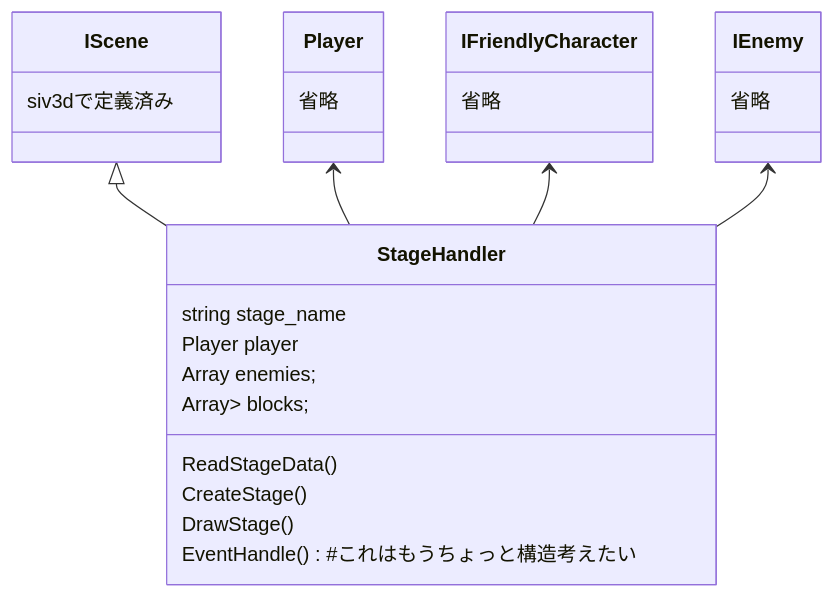
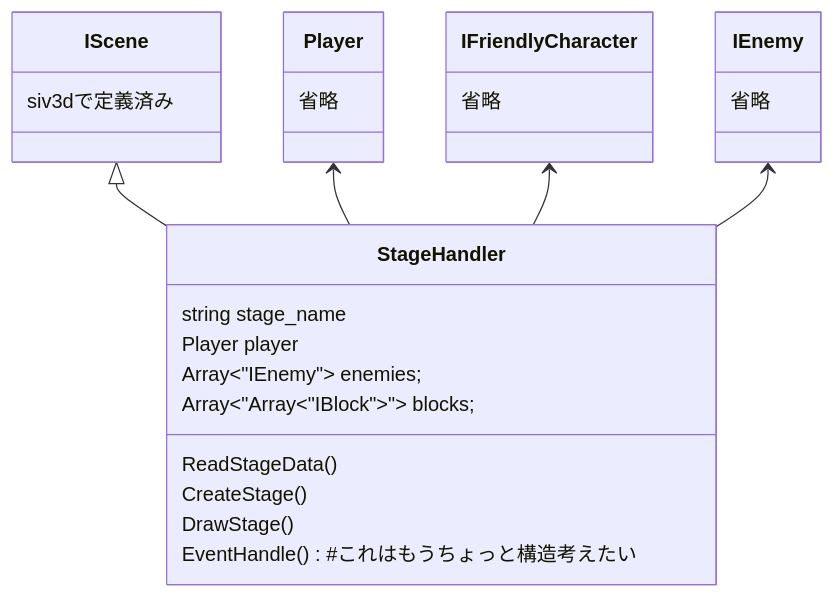
One commit to naga-karupi/block-adventure changed the third of 3 diagrams in class.md. Above: the diagram before and after it, drawn with Mermaid. The commit also changed other lines of this file, not shown here.

Commit message:
クラス図の表示の不備の一時的調整

````diff
--- a/class.md
+++ b/class.md
@@ -93,39 +93,39 @@
 ```mermaid
 classDiagram
 
 class Player {
     省略
 }
 
 class IFriendlyCharacter{
     省略
 }
 
 class IEnemy {
     省略
 }
 
 class StageHandler {
     string stage_name
 
     Player player
-    Array<IEnemy> enemies;
-    Array<Array<IBlock>> blocks; 
+    Array<"IEnemy"> enemies;
+    Array<"Array<"IBlock">"> blocks; 
 
     ReadStageData()
     CreateStage()
     DrawStage()
 
     EventHandle() #これはもうちょっと構造考えたい
 }
 
 class IScene {
     siv3dで定義済み
 }
 
 IScene<|--StageHandler
 Player<--StageHandler
 IFriendlyCharacter<--StageHandler
 IEnemy<--StageHandler
 
 ```
````
